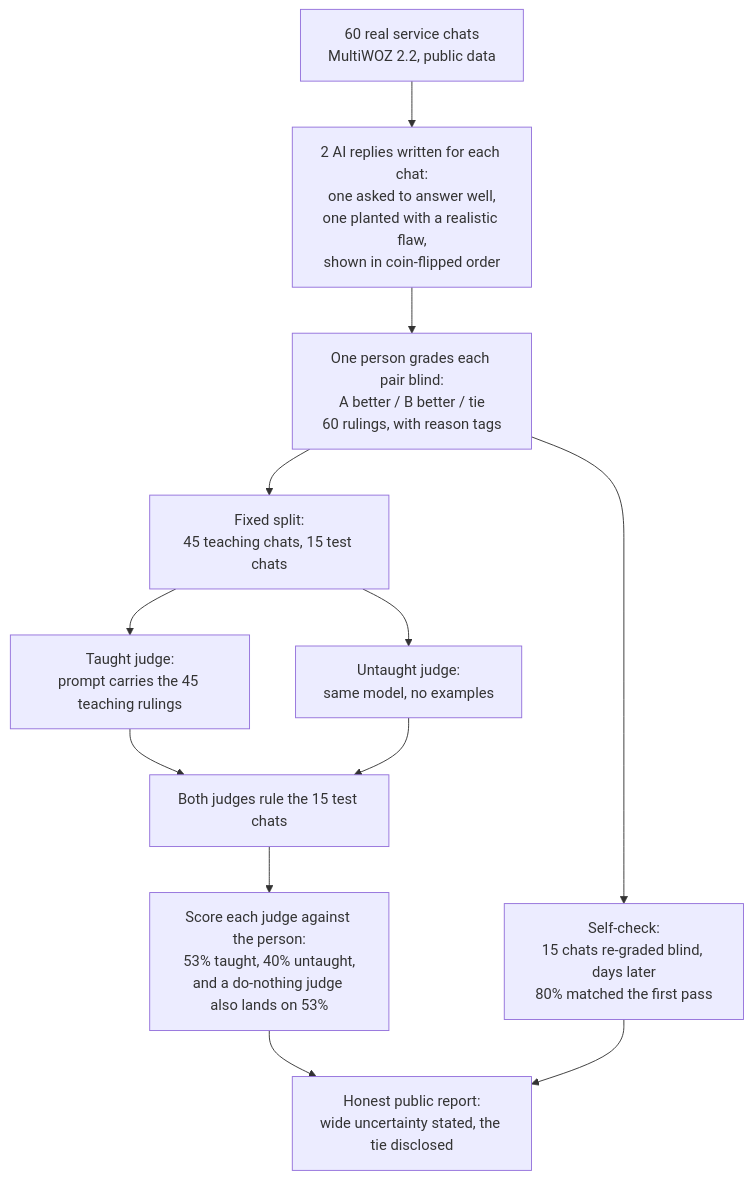
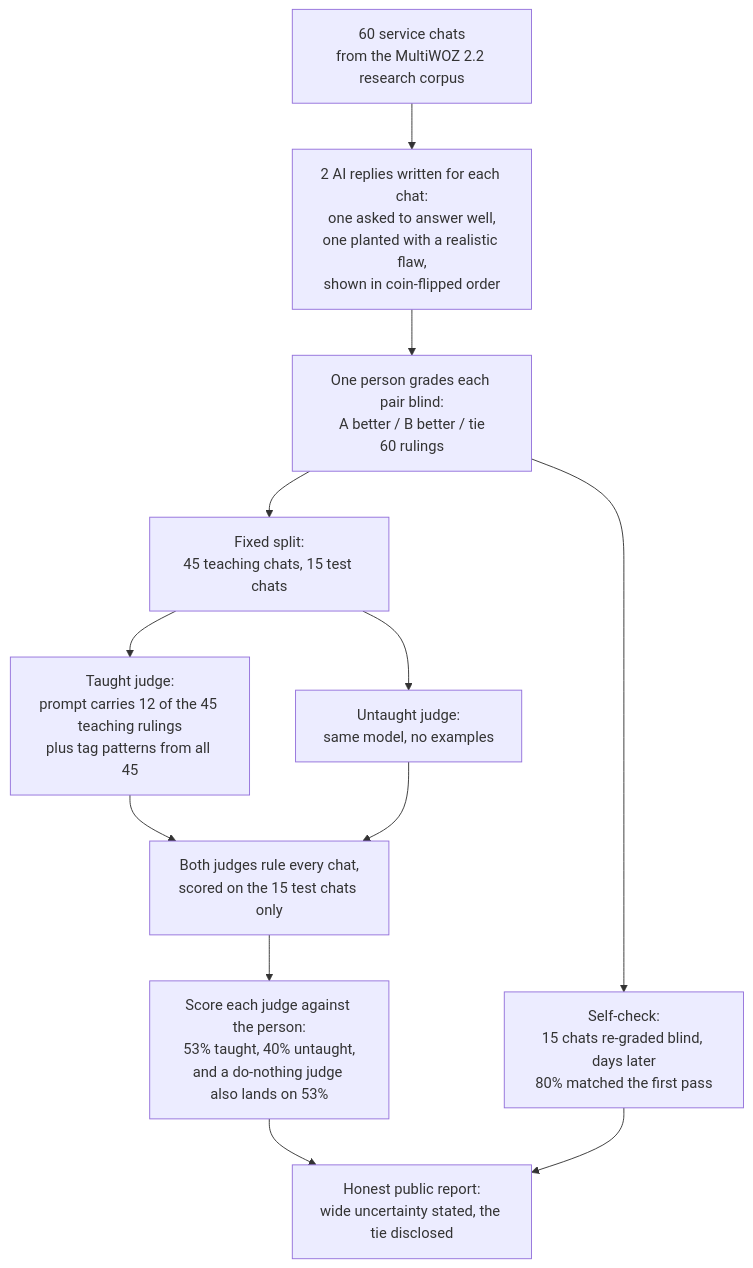
Before and after one commit to Mike-E-Log/business-scenario-judge: the diagram in README.md, drawn with Mermaid. The commit also changed other lines of this file and 1 other file, not shown here.

````diff
--- a/README.md
+++ b/README.md
@@ -33,14 +33,14 @@
 ```mermaid
 flowchart TD
-    A["60 real service chats<br>MultiWOZ 2.2, public data"] --> B["2 AI replies written for each chat:<br>one asked to answer well,<br>one planted with a realistic flaw,<br>shown in coin-flipped order"]
-    B --> C["One person grades each pair blind:<br>A better / B better / tie<br>60 rulings, with reason tags"]
+    A["60 service chats<br>from the MultiWOZ 2.2 research corpus"] --> B["2 AI replies written for each chat:<br>one asked to answer well,<br>one planted with a realistic flaw,<br>shown in coin-flipped order"]
+    B --> C["One person grades each pair blind:<br>A better / B better / tie<br>60 rulings"]
     C --> D["Fixed split:<br>45 teaching chats, 15 test chats"]
     C --> R["Self-check:<br>15 chats re-graded blind, days later<br>80% matched the first pass"]
-    D --> E["Taught judge:<br>prompt carries the 45 teaching rulings"]
+    D --> E["Taught judge:<br>prompt carries 12 of the 45 teaching rulings<br>plus tag patterns from all 45"]
     D --> F["Untaught judge:<br>same model, no examples"]
-    E --> G["Both judges rule the 15 test chats"]
+    E --> G["Both judges rule every chat,<br>scored on the 15 test chats only"]
     F --> G
     G --> H["Score each judge against the person:<br>53% taught, 40% untaught,<br>and a do-nothing judge also lands on 53%"]
     H --> J["Honest public report:<br>wide uncertainty stated, the tie disclosed"]
     R --> J
 ```
````
